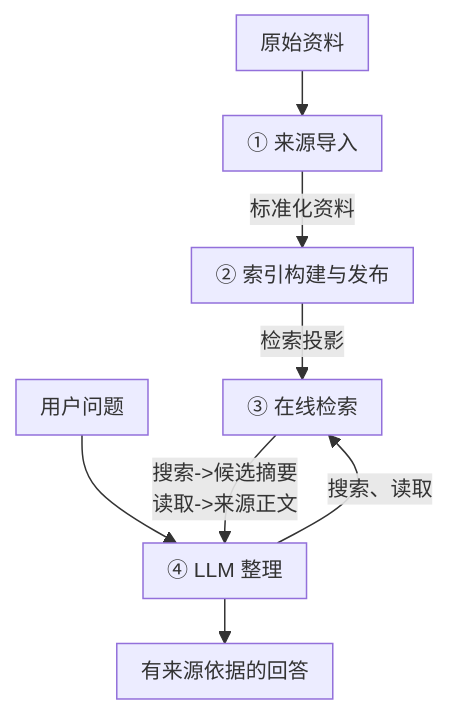
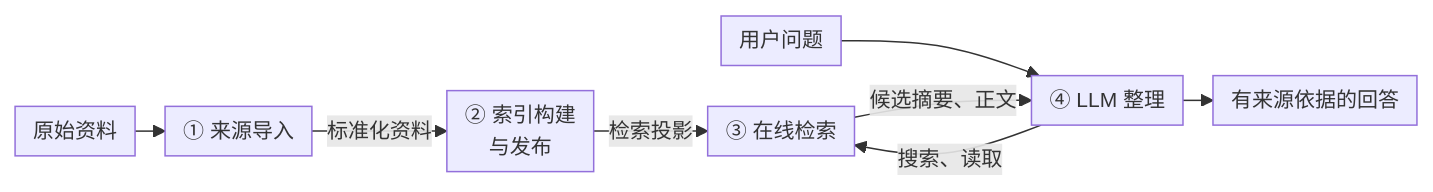
One commit to def-a-name/learn-corpus changed the first of 5 diagrams in docs/architecture.md. Above: the diagram before and after it, drawn with Mermaid. The commit also changed other lines of this file and 8 other files, not shown here.

````diff
--- a/docs/architecture.md
+++ b/docs/architecture.md
@@ -9,20 +9,24 @@
 ```mermaid
 ---
 config:
+  look: classic
+  layout: dagre
   themeVariables:
     fontSize: 14px
   flowchart:
-    nodeSpacing: 25
-    rankSpacing: 30
-    diagramPadding: 8
-    padding: 8
+    minNodeWidth: 0
+    wrappingWidth: 160
+    nodeSpacing: 16
+    rankSpacing: 20
+    diagramPadding: 4
+    padding: 6
 ---
-flowchart TD
+flowchart LR
     R["原始资料"] --> D["① 来源导入"]
-    D -->|标准化资料| B["② 索引构建与发布"]
+    D -->|标准化资料| B["② 索引构建<br/>与发布"]
     B -->|检索投影| Q["③ 在线检索"]
     U["用户问题"] --> A["④ LLM 整理"]
     A -->|搜索、读取| Q
-    Q -->|搜索->候选摘要<br/>读取->来源正文| A
+    Q -->|候选摘要、正文| A
     A --> O["有来源依据的回答"]
 ```
````
